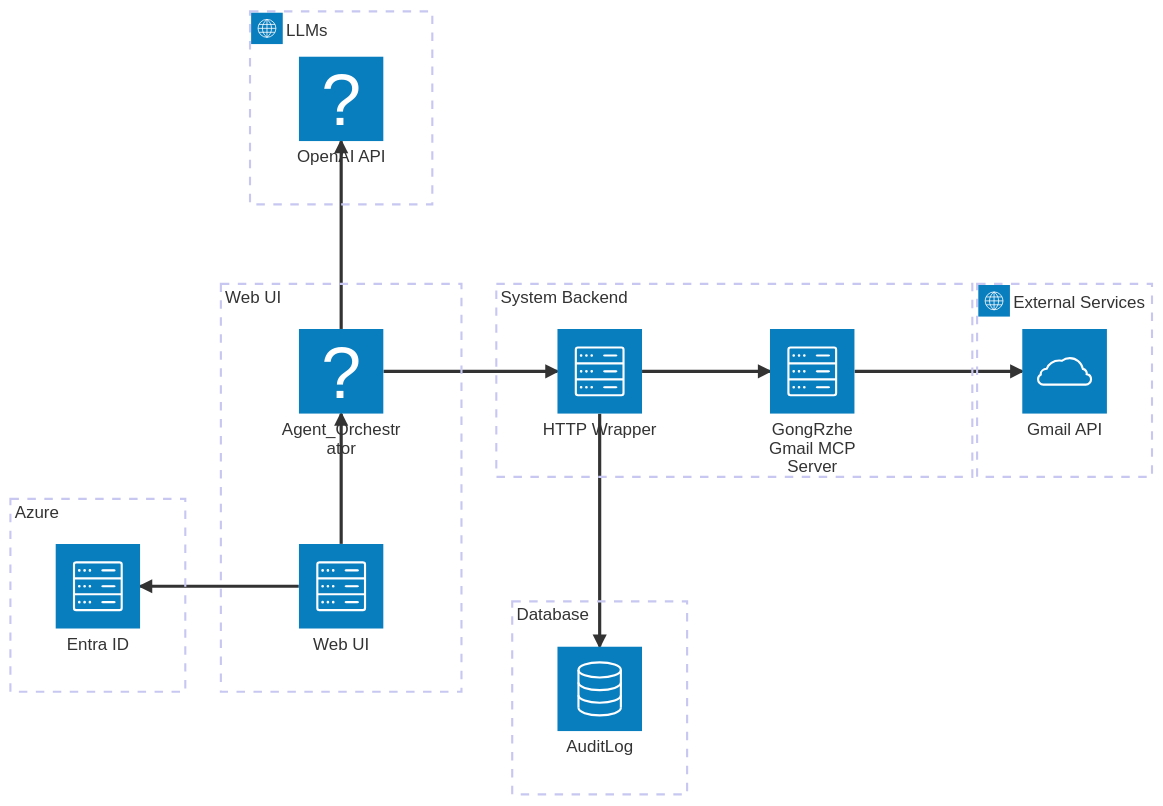
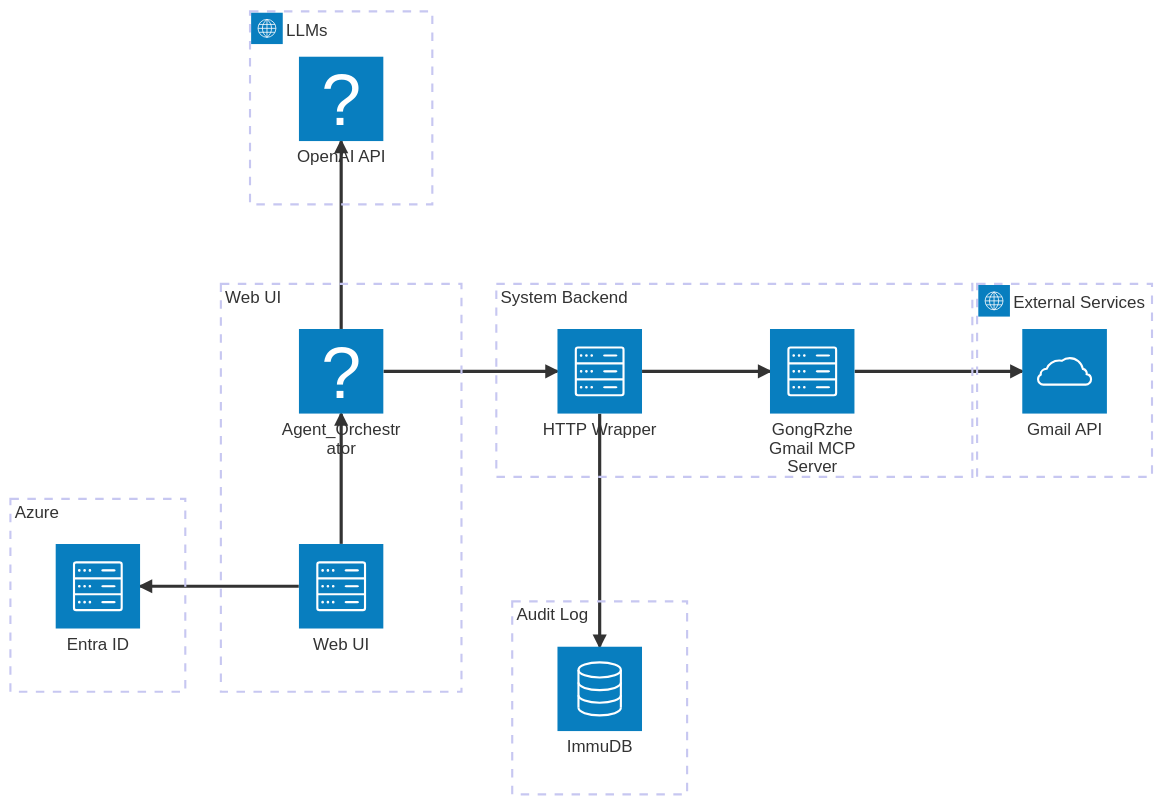
One commit to Blizzard-Of-Oz/cyber295-team3 changed the diagram in Diagrams/architecture.mmd. Above: the diagram before and after it, drawn with Mermaid.

Commit message:
Rename Database group and service to Audit Log

```diff
--- a/Diagrams/architecture.mmd
+++ b/Diagrams/architecture.mmd
@@ -1,29 +1,29 @@
 ---
 config:
   theme: mc
 ---
 architecture-beta
 
   group g_ui [Web UI]
   group g_entraid [Azure]
   group g_llms(internet)[LLMs]
   group g_mcp[System Backend]
-  group g_db[Database]
+  group g_db[Audit Log]
   group g_ext(internet)[External Services]
 
   service web(server)[Web UI] in g_ui
   service entraid(server)[Entra ID] in g_entraid
   service agent(brain)[Agent_Orchestrator] in g_ui
   service orchestration(brain)[OpenAI API] in g_llms
   service http_wrapper(server)[HTTP Wrapper] in g_mcp
   service mcp(server)[GongRzhe Gmail MCP Server] in g_mcp
   service extsvc(cloud)[Gmail API] in g_ext
-  service auditlog(database)[AuditLog] in g_db
+  service auditlog(database)[ImmuDB] in g_db
 
   web:L --> R:entraid
   web:T --> B:agent
   agent:T --> B:orchestration
   agent:R --> L:http_wrapper
   http_wrapper:R --> L:mcp
   http_wrapper:B --> T:auditlog
   mcp:R --> L:extsvc
```
